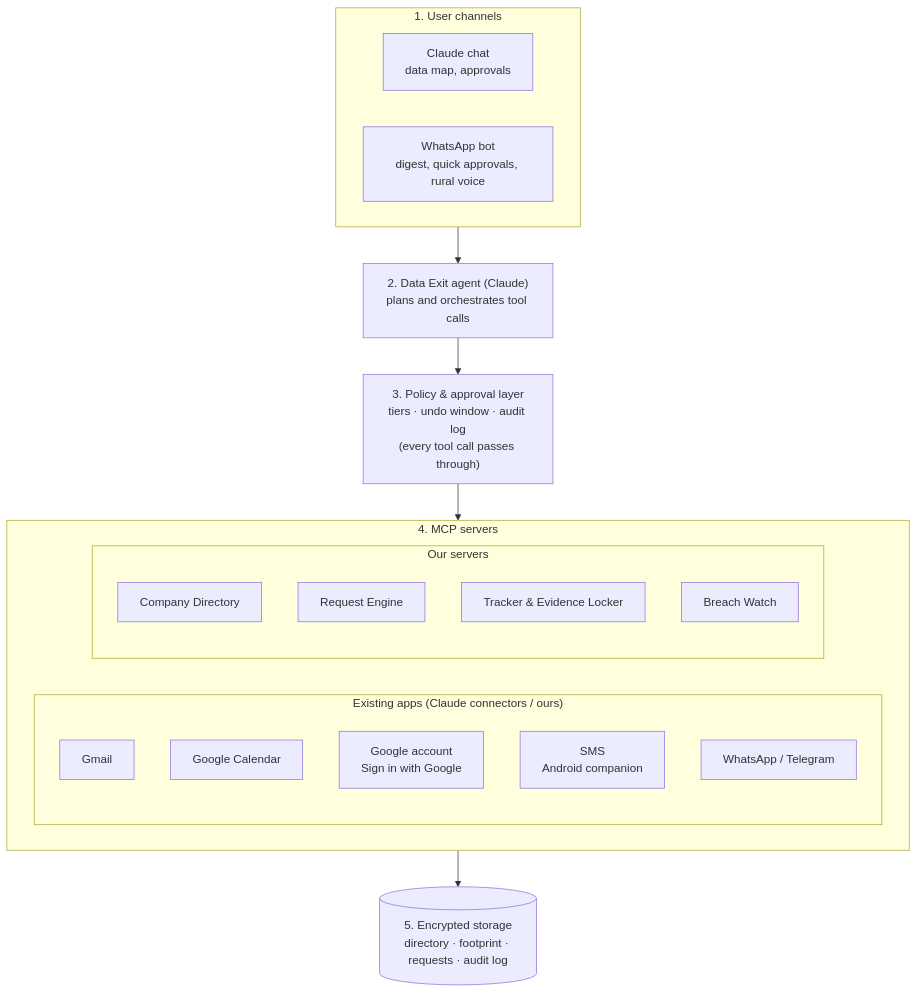
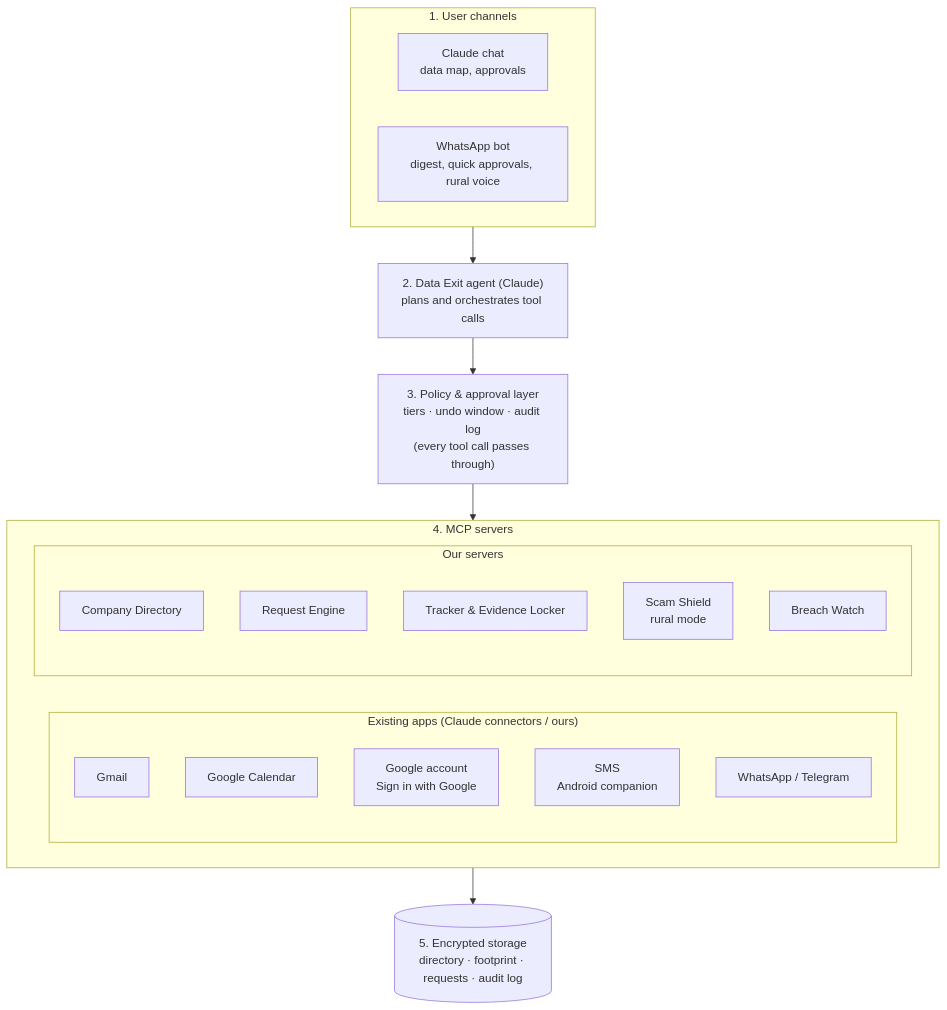
One commit to abhishiv17/DataExit changed the first of 2 diagrams in docs/architecture/overview.md. Above: the diagram before and after it, drawn with Mermaid. The commit also changed other lines of this file and 113 other files, not shown here.

First line of the commit message:
Build Person A: MCP servers for discovery, directory, requests, tracker and scam shield

````diff
--- a/docs/architecture/overview.md
+++ b/docs/architecture/overview.md
@@ -5,33 +5,34 @@
 ```mermaid
 flowchart TB
   subgraph Channels["1. User channels"]
     CHAT[Claude chat<br/>data map, approvals]
     WA[WhatsApp bot<br/>digest, quick approvals, rural voice]
   end
 
   AGENT["2. Data Exit agent (Claude)<br/>plans and orchestrates tool calls"]
 
   POLICY["3. Policy & approval layer<br/>tiers · undo window · audit log<br/>(every tool call passes through)"]
 
   subgraph MCP["4. MCP servers"]
     direction LR
     subgraph Existing["Existing apps (Claude connectors / ours)"]
       GMAIL[Gmail]
       GCAL[Google Calendar]
       GACC[Google account<br/>Sign in with Google]
       SMS[SMS<br/>Android companion]
       WAS[WhatsApp / Telegram]
     end
     subgraph Ours["Our servers"]
       DIR[Company Directory]
       REQ[Request Engine]
       TRK[Tracker & Evidence Locker]
+      SS[Scam Shield<br/>rural mode]
       BW[Breach Watch]
     end
   end
 
   STORE[("5. Encrypted storage<br/>directory · footprint · requests · audit log")]
 
   Channels --> AGENT --> POLICY --> MCP
   Ours --> STORE
 ```
````
